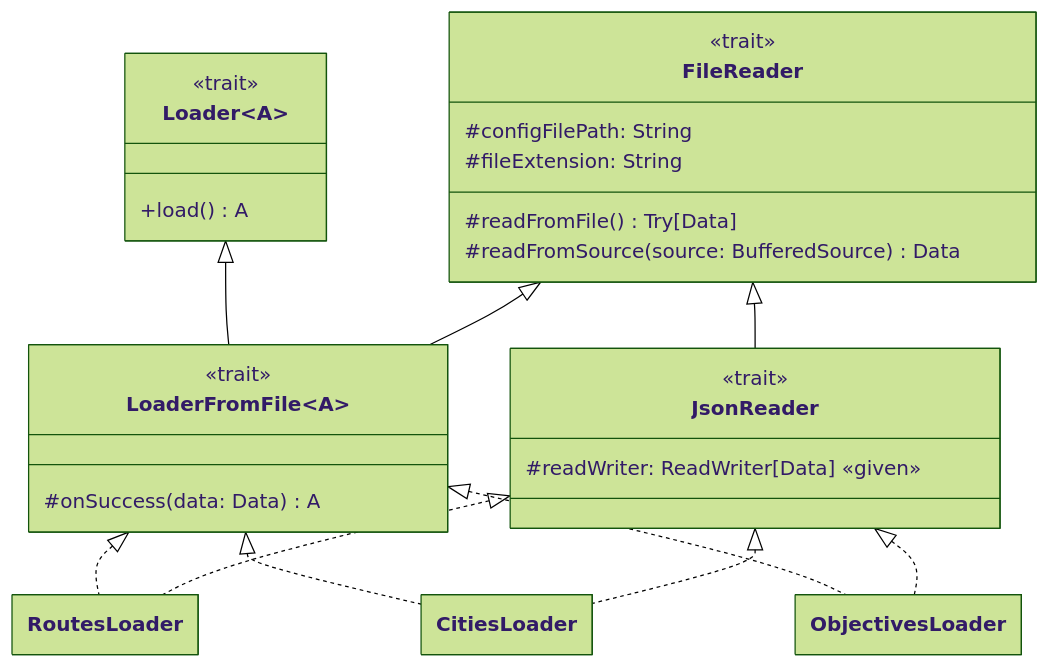
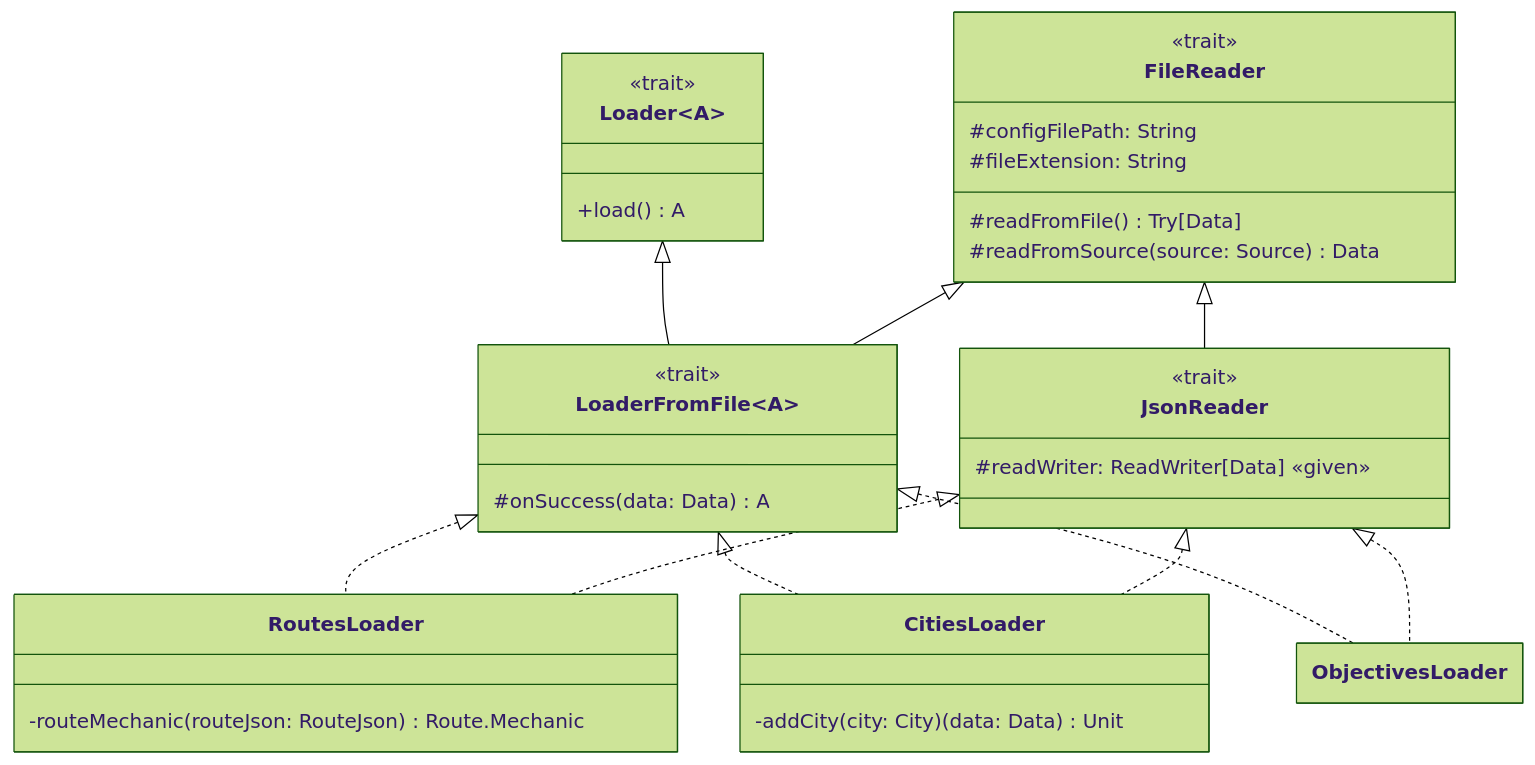
One commit to FilippoPracucci/PPS-24-ttr-scala changed the diagram in docs/impl_loader.md. Above: the diagram before and after it, drawn with Mermaid (forest theme). The commit also changed other lines of this file and 1 other file, not shown here.

Commit message:
docs: improve loader design and impl

````diff
--- a/docs/impl_loader.md
+++ b/docs/impl_loader.md
@@ -11,36 +11,42 @@
 ```mermaid
 ---
 config:
   class:
     hideEmptyMembersBox: true
 ---
 classDiagram
     class Loader~A~ {
         <<trait>>
         +load() A
     }
     class FileReader {
         <<trait>>
         #configFilePath: String
         #fileExtension: String
         #readFromFile() Try[Data]
-        #readFromSource(source: BufferedSource) Data
+        #readFromSource(source: Source) Data
     }
     class LoaderFromFile~A~ {
         <<trait>>
         #onSuccess(data: Data) A
     }
     class JsonReader {
         <<trait>>
         #readWriter: ReadWriter[Data] «given»
+    }
+    class RoutesLoader {
+        -routeMechanic(routeJson: RouteJson) Route.Mechanic
+    }
+    class CitiesLoader {
+        -addCity(city: City)(data: Data) Unit
     }
     Loader <|-- LoaderFromFile
     FileReader <|-- LoaderFromFile
     FileReader <|-- JsonReader
     LoaderFromFile <|.. RoutesLoader
     JsonReader <|.. RoutesLoader
     LoaderFromFile <|.. CitiesLoader
     JsonReader <|.. CitiesLoader
     LoaderFromFile <|.. ObjectivesLoader
     JsonReader <|.. ObjectivesLoader
 ```
````
